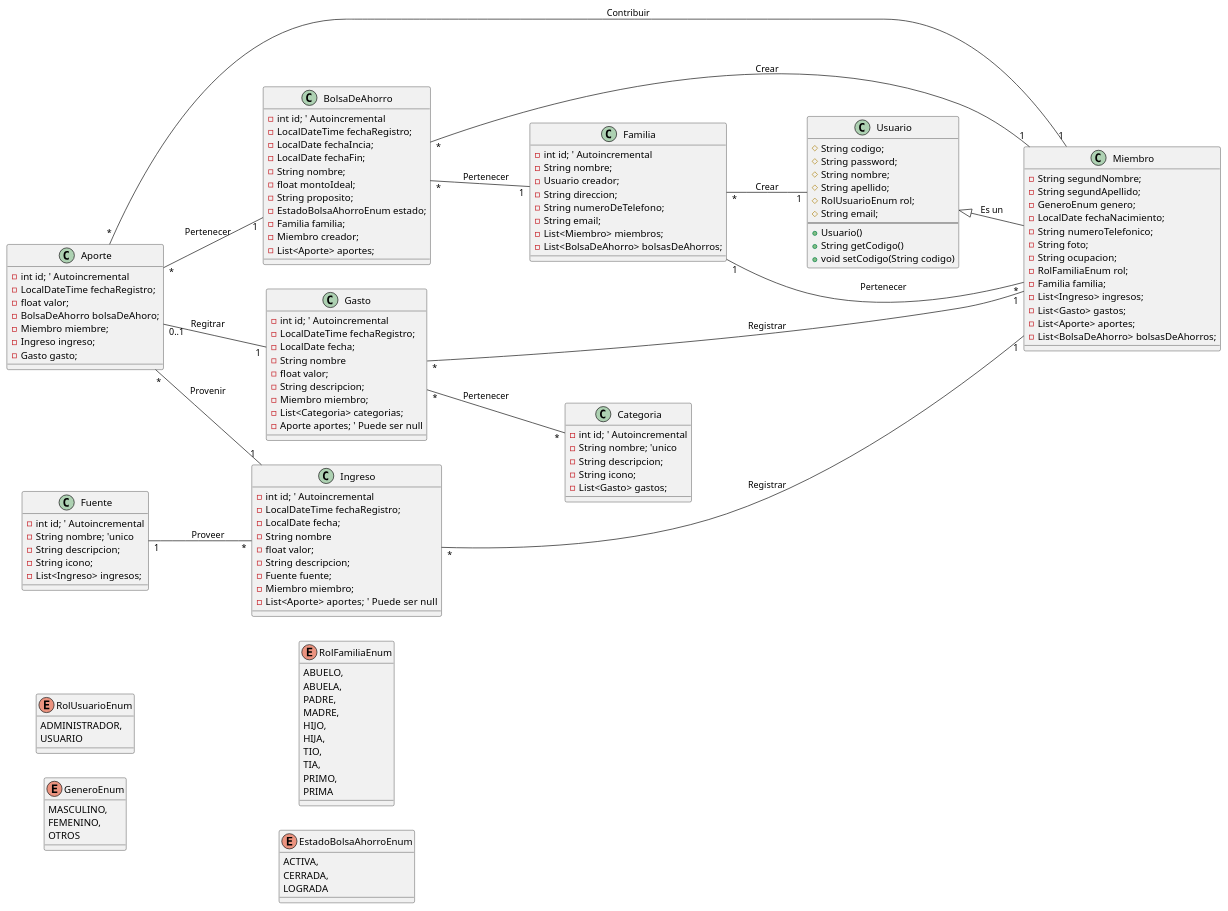
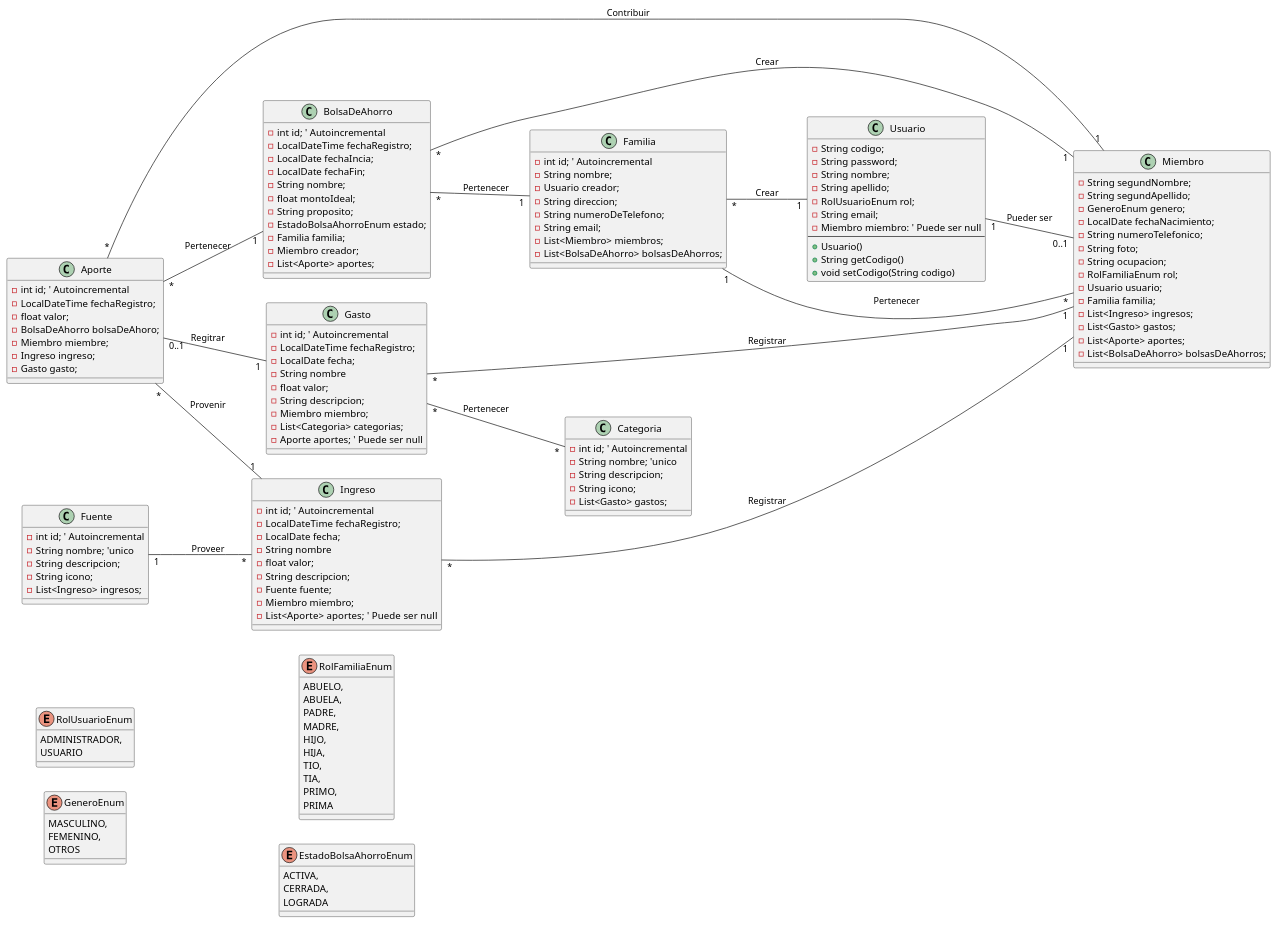
One commit to arrietajohn/GastosFamiliaresJPA changed the diagram in src/FamilyExpenses/Documentation/12-DiagramaClasesConceptual.puml. Above: the diagram before and after it, drawn with PlantUML. The commit also changed 2 other files, not shown here.

```diff
--- a/src/FamilyExpenses/Documentation/12-DiagramaClasesConceptual.puml
+++ b/src/FamilyExpenses/Documentation/12-DiagramaClasesConceptual.puml
@@ -1,176 +1,179 @@
 @startuml
 left to right direction
 
 '--------------
 ' CLASES CONCEPTUALES
 '--------------
 
 class Usuario{
-    # String codigo; 
-    # String password;
-    # String nombre;
-    # String apellido;
-    # RolUsuarioEnum rol; 
-    # String email;
+    - String codigo; 
+    - String password;
+    - String nombre;
+    - String apellido;
+    - RolUsuarioEnum rol; 
+    - String email;
+    ' Relaciones
+    - Miembro miembro: ' Puede ser null
     --
     + Usuario()
     + String getCodigo()
     + void setCodigo(String codigo)
 }
 
 class Familia{
     - int id; ' Autoincremental
     - String nombre;
     - Usuario creador;
     - String direccion;
     - String numeroDeTelefono;  
     - String email;
     ' Relaciones
     - List<Miembro> miembros;
     - List<BolsaDeAhorro> bolsasDeAhorros;
 }
 
 class Miembro{
     - String segundNombre;
     - String segundApellido;
     - GeneroEnum genero; 
     - LocalDate fechaNacimiento;
     - String numeroTelefonico;
     - String foto;
     - String ocupacion;
        ' Relaciones
     - RolFamiliaEnum rol; 
+    - Usuario usuario;
     - Familia familia;
     - List<Ingreso> ingresos;
     - List<Gasto> gastos;
     - List<Aporte> aportes;
     - List<BolsaDeAhorro> bolsasDeAhorros;
 }
 
 class Fuente {
     - int id; ' Autoincremental
     - String nombre; 'unico
     - String descripcion; 
     - String icono;
     ' Relaciones
     - List<Ingreso> ingresos;
 }
 
 class Ingreso{
     - int id; ' Autoincremental
     ' Fecha actual automatica 
     - LocalDateTime fechaRegistro; 
     - LocalDate fecha;
     - String nombre
     - float valor;
     - String descripcion;
     ' Realaciones
     - Fuente fuente;
     - Miembro miembro;
     - List<Aporte> aportes;  ' Puede ser null
 }
 
 class Categoria{
     - int id; ' Autoincremental
     - String nombre; 'unico
     - String descripcion; 
     - String icono;
     ' Realaciones
     - List<Gasto> gastos; 
 }
 
 class Gasto{
     - int id; ' Autoincremental
     ' Fecha actual automatica 
     - LocalDateTime fechaRegistro; 
     - LocalDate fecha;
     - String nombre
     - float valor;
     - String descripcion;
      ' Realaciones
     - Miembro miembro;
     - List<Categoria> categorias;
     - Aporte aportes; ' Puede ser null
 }
 
 class BolsaDeAhorro{
      - int id; ' Autoincremental
      - LocalDateTime fechaRegistro; 
      - LocalDate fechaIncia; 
      - LocalDate fechaFin; 
      - String nombre;
      - float montoIdeal;
      - String proposito;
       ' Realaciones
      - EstadoBolsaAhorroEnum estado;
      - Familia familia;
      - Miembro creador;
      - List<Aporte> aportes;
 }
 
 
 class Aporte{
     - int id; ' Autoincremental
     - LocalDateTime fechaRegistro;
     - float valor;
        ' Realaciones
     - BolsaDeAhorro bolsaDeAhoro;
     - Miembro miembre;
     - Ingreso ingreso;
     - Gasto gasto;
 
 }
 
 '--------------
 ' RELACONES
 '--------------
-Usuario <|-- Miembro : Es un
+Usuario "1" -- "0..1" Miembro : Pueder ser
 Familia "1" -- "*" Miembro : Pertenecer
 Familia "*" -- "1" Usuario : Crear
 Fuente "1" -- "*" Ingreso : Proveer
 Ingreso "*" -- "1" Miembro : Registrar
 Gasto "*" -- "*" Categoria : Pertenecer
 Gasto "*" -- "1" Miembro : Registrar
 BolsaDeAhorro "*" -- "1" Familia : Pertenecer
 BolsaDeAhorro "*" -- "1" Miembro : Crear
 Aporte "*" -- "1" Miembro : Contribuir
 Aporte "*" -- "1" BolsaDeAhorro : Pertenecer
 Aporte "*" -- "1" Ingreso : Provenir
 Aporte "0..1" -- "1" Gasto : Regitrar
 
 '--------------
 ' ENUMERACIONES
 '--------------
 
 enum RolUsuarioEnum{
      ADMINISTRADOR,
       USUARIO
 }
 
 enum GeneroEnum{
      MASCULINO, 
     FEMENINO, 
     OTROS
 }
 
 enum RolFamiliaEnum{
     ABUELO, 
     ABUELA, 
     PADRE, 
     MADRE, 
     HIJO, 
     HIJA, 
     TIO, 
     TIA, 
     PRIMO, 
     PRIMA 
 }
 
 enum EstadoBolsaAhorroEnum{
     ACTIVA, 
     CERRADA, 
     LOGRADA   
 
 }
 
 @enduml
```
